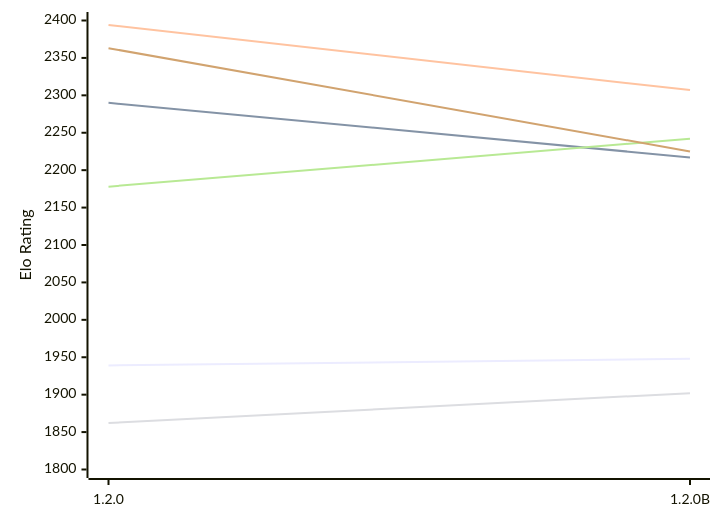
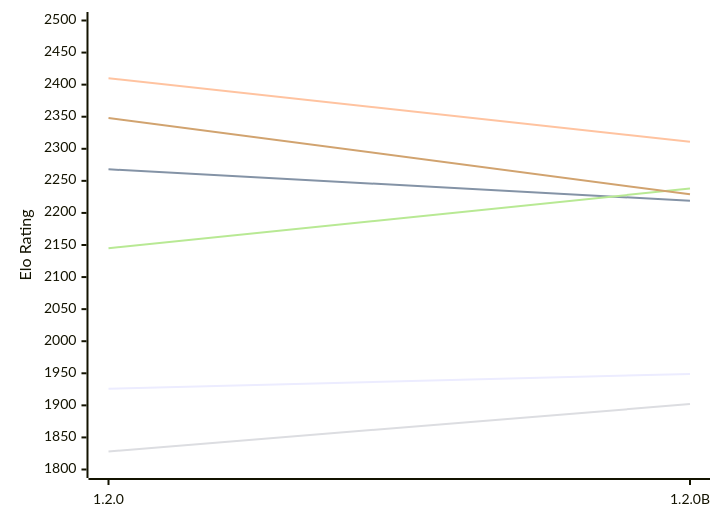
One commit to computer-chess-index/cci changed the first of 2 diagrams in engines/Soomi.md. Above: the diagram before and after it, drawn with Mermaid. The commit also changed other lines of this file, not shown here.

Commit message:
Update CCI Ratings (ELO VLTC) - 2026-11-16

````diff
--- a/engines/Soomi.md
+++ b/engines/Soomi.md
@@ -53,12 +53,12 @@
 ```mermaid
 %%{init: {"theme":"base","themeVariables":{"seriesColors:['#a3a3a3','#222221','#faa371']}}}%%
 xychart-beta
   x-axis ["1.2.0", "1.2.0B"]
-  y-axis "Elo Rating" 1800 --> 2400
-  line "E1: STC (8.0+0.08s)" [1939, 1948]
-  line "E1: LTC (60.0+0.60s)" [2290, 2217]
-  line "E1: VLTC (2m24s+1.12s)" [2394, 2307]
-  line "P1: STC (8.0+0.08s)" [1862, 1902]
-  line "P1: LTC (60.0+0.60s)" [2178, 2242]
-  line "P1: VLTC (2m24s+1.12s)" [2363, 2225]
+  y-axis "Elo Rating" 1800 --> 2500
+  line "E1: STC (8.0+0.08s)" [1926, 1949]
+  line "E1: LTC (60.0+0.60s)" [2268, 2219]
+  line "E1: VLTC (2m24s+1.12s)" [2410, 2311]
+  line "P1: STC (8.0+0.08s)" [1828, 1902]
+  line "P1: LTC (60.0+0.60s)" [2145, 2238]
+  line "P1: VLTC (2m24s+1.12s)" [2348, 2229]
 ```
````
